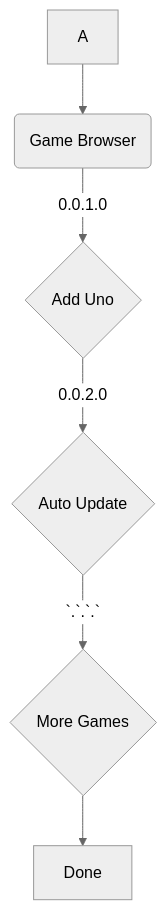
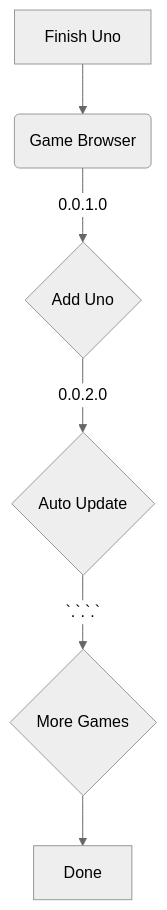
The diagram in README.md (Travis-DV/GamesRepo), drawn with Mermaid (neutral theme) before and after one commit.

````diff
--- a/README.md
+++ b/README.md
@@ -1,9 +1,9 @@
 ```mermaid
 graph TD;
-    A-->B(Game Browser);
+    A[Finish Uno]-->B(Game Browser);
     B-->|0.0.1.0| C{Add Uno};
     C-->|0.0.2.0| D{Auto Update};
     D-->|`.`.`.`| E{More Games};
 
     E-->Z[Done];
 ```
````
